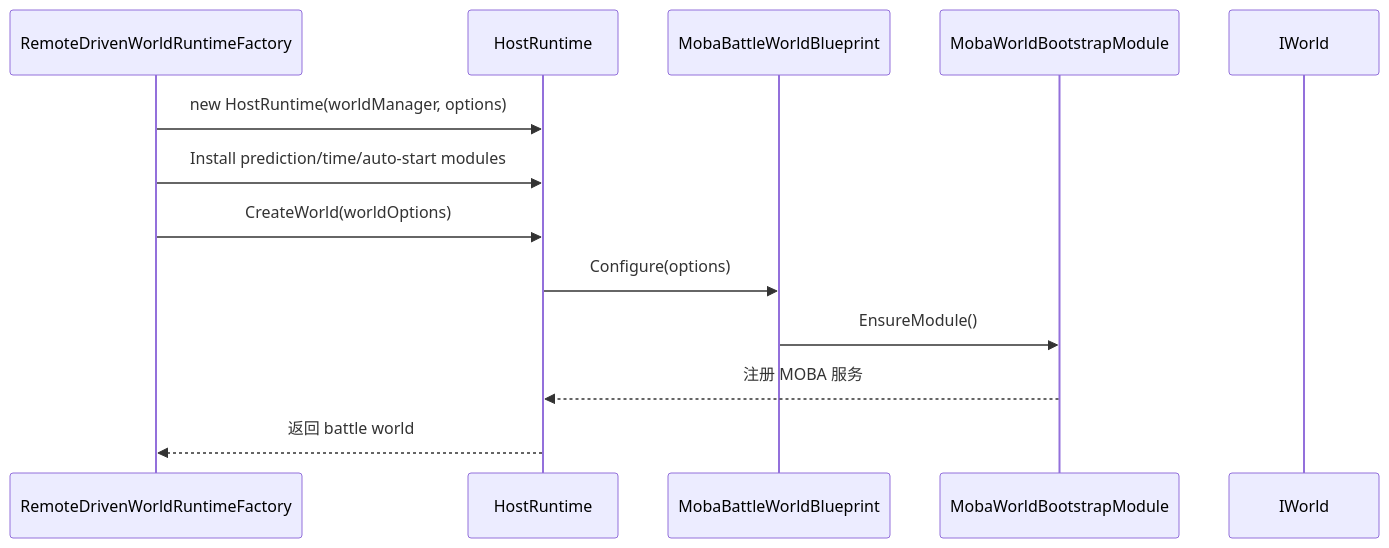
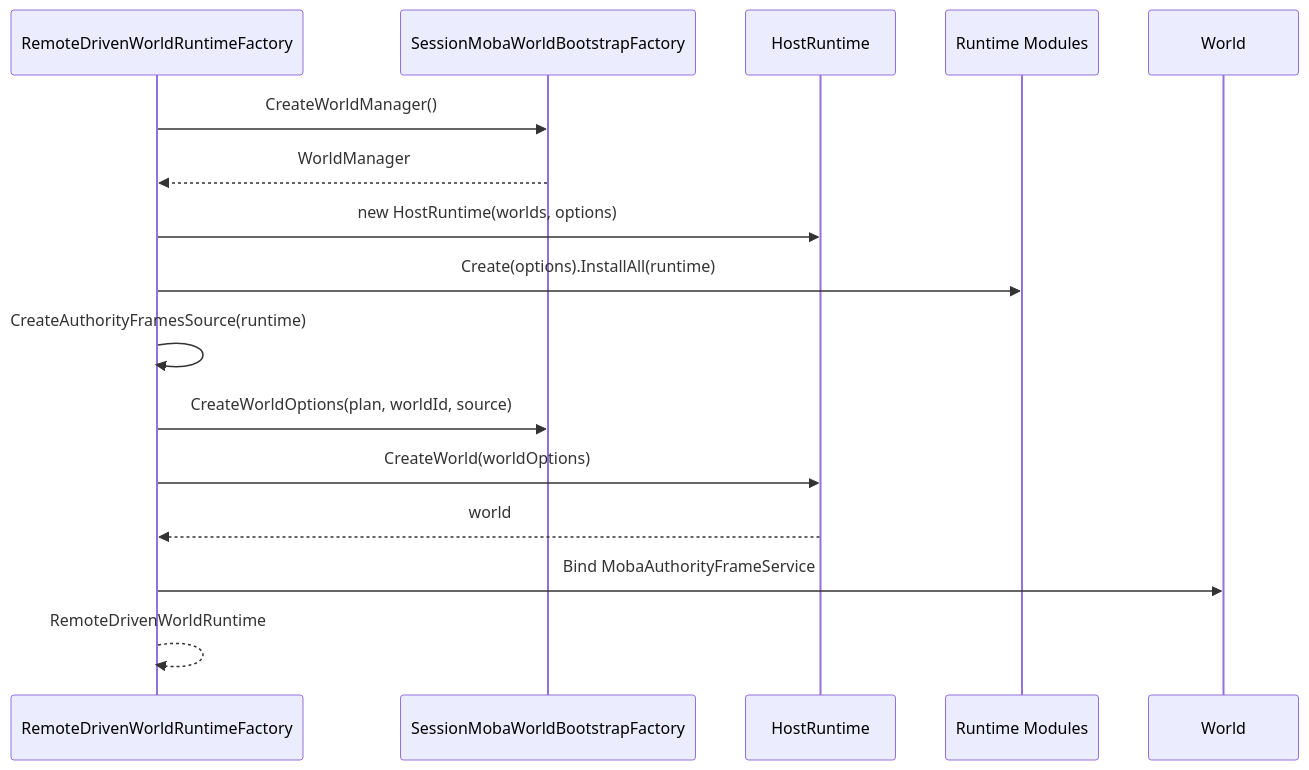
One commit to Kurumioi/AbilityKit changed the second of 2 diagrams in Docs/design/09-ImplementationExamples/MOBA/01-WorldAndBootstrap.md. Above: the diagram before and after it, drawn with Mermaid. The commit also changed other lines of this file and 118 other files, not shown here.

````diff
--- a/Docs/design/09-ImplementationExamples/MOBA/01-WorldAndBootstrap.md
+++ b/Docs/design/09-ImplementationExamples/MOBA/01-WorldAndBootstrap.md
@@ -67,16 +153,19 @@
 ```mermaid
 sequenceDiagram
     participant F as RemoteDrivenWorldRuntimeFactory
+    participant B as SessionMobaWorldBootstrapFactory
     participant H as HostRuntime
-    participant B as MobaBattleWorldBlueprint
-    participant M as MobaWorldBootstrapModule
-    participant W as IWorld
+    participant M as Runtime Modules
+    participant W as World
 
-    F->>H: new HostRuntime(worldManager, options)
-    F->>H: Install prediction/time/auto-start modules
+    F->>B: CreateWorldManager()
+    B-->>F: WorldManager
+    F->>H: new HostRuntime(worlds, options)
+    F->>M: Create(options).InstallAll(runtime)
+    F->>F: CreateAuthorityFramesSource(runtime)
+    F->>B: CreateWorldOptions(plan, worldId, source)
     F->>H: CreateWorld(worldOptions)
-    H->>B: Configure(options)
-    B->>M: EnsureModule()
-    M-->>H: 注册 MOBA 服务
-    H-->>F: 返回 battle world
+    H-->>F: world
+    F->>W: Bind MobaAuthorityFrameService
+    F-->>F: RemoteDrivenWorldRuntime
 ```
````
